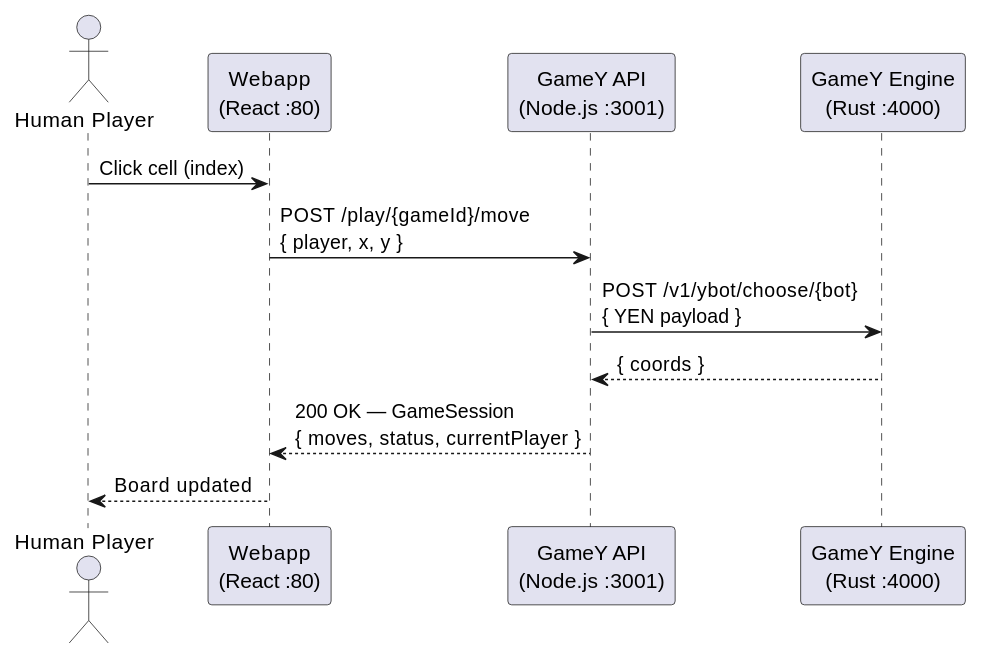
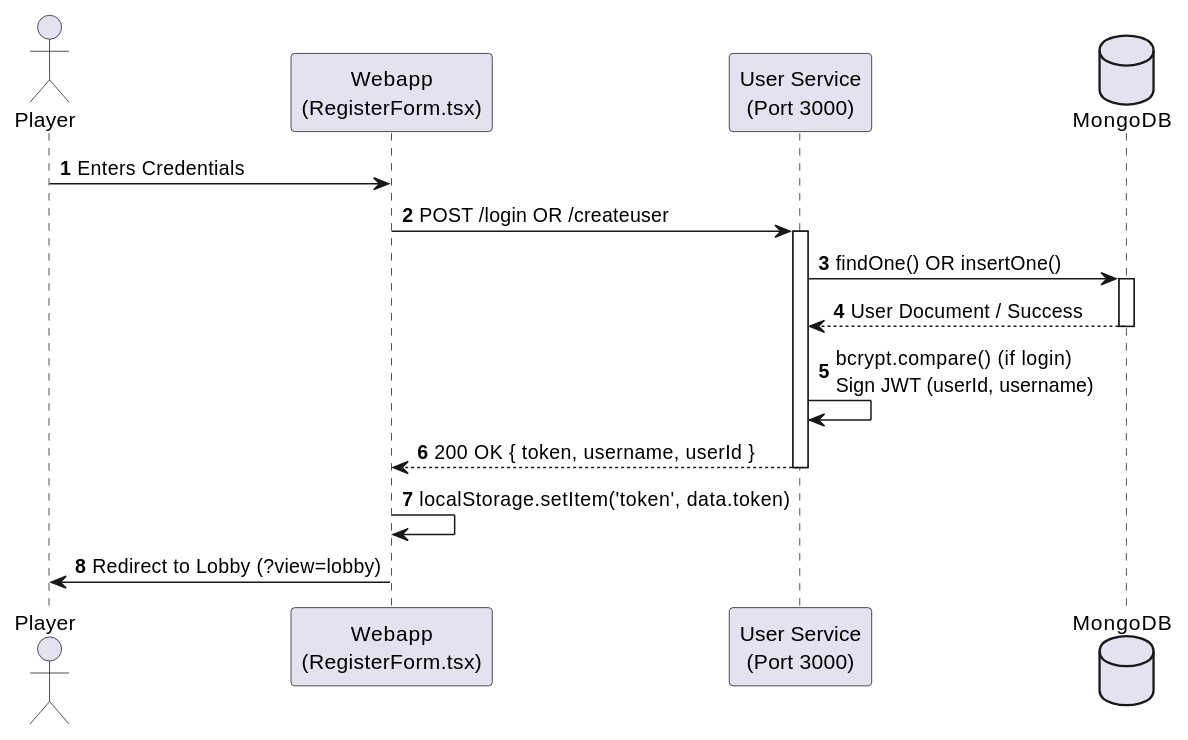
Before and after one commit to Arquisoft/yovi_en1a: the first of 5 diagrams in docs/src/06_runtime_view.adoc, drawn with PlantUML. The commit also changed other lines of this file, not shown here.

```diff
--- a/docs/src/06_runtime_view.adoc
+++ b/docs/src/06_runtime_view.adoc
@@ -10,16 +12,27 @@
-[plantuml, target="human-vs-ai-move", format="png"]
+[plantuml, target="auth-runtime", format="png"]
 ----
 @startuml
-actor "Human Player" as Player
-participant "Webapp\n(React :80)" as Webapp
-participant "GameY API\n(Node.js :3001)" as API
-participant "GameY Engine\n(Rust :4000)" as Engine
+autonumber
+actor "Player" as User
+participant "Webapp\n(RegisterForm.tsx)" as UI
+participant "User Service\n(Port 3000)" as UserSvc
+database "MongoDB" as DB
 
-Player -> Webapp : Click cell (index)
-Webapp -> API : POST /play/{gameId}/move\n{ player, x, y }
-API -> Engine : POST /v1/ybot/choose/{bot}\n{ YEN payload }
-Engine --> API : { coords }
-API --> Webapp : 200 OK — GameSession\n{ moves, status, currentPlayer }
-Webapp --> Player : Board updated
+User -> UI : Enters Credentials
+UI -> UserSvc : POST /login OR /createuser
+activate UserSvc
+
+UserSvc -> DB : findOne() OR insertOne()
+activate DB
+DB --> UserSvc : User Document / Success
+deactivate DB
+
+UserSvc -> UserSvc : bcrypt.compare() (if login)\nSign JWT (userId, username)
+
+UserSvc --> UI : 200 OK { token, username, userId }
+deactivate UserSvc
+
+UI -> UI : localStorage.setItem('token', data.token)
+UI -> User : Redirect to Lobby (?view=lobby)
 @enduml
 ----
```
